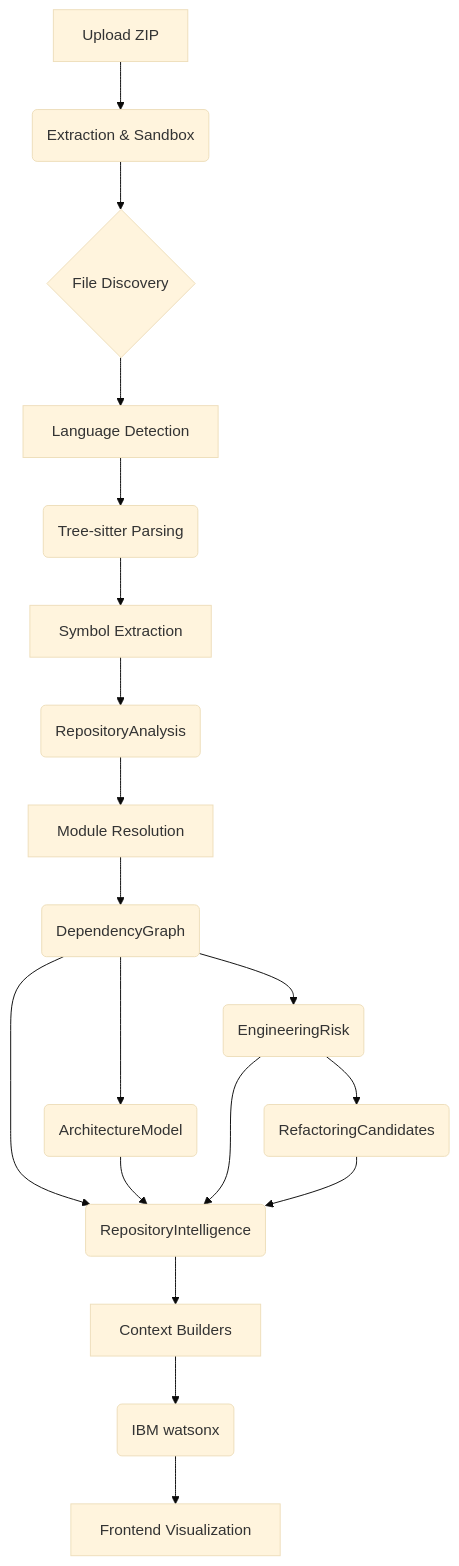
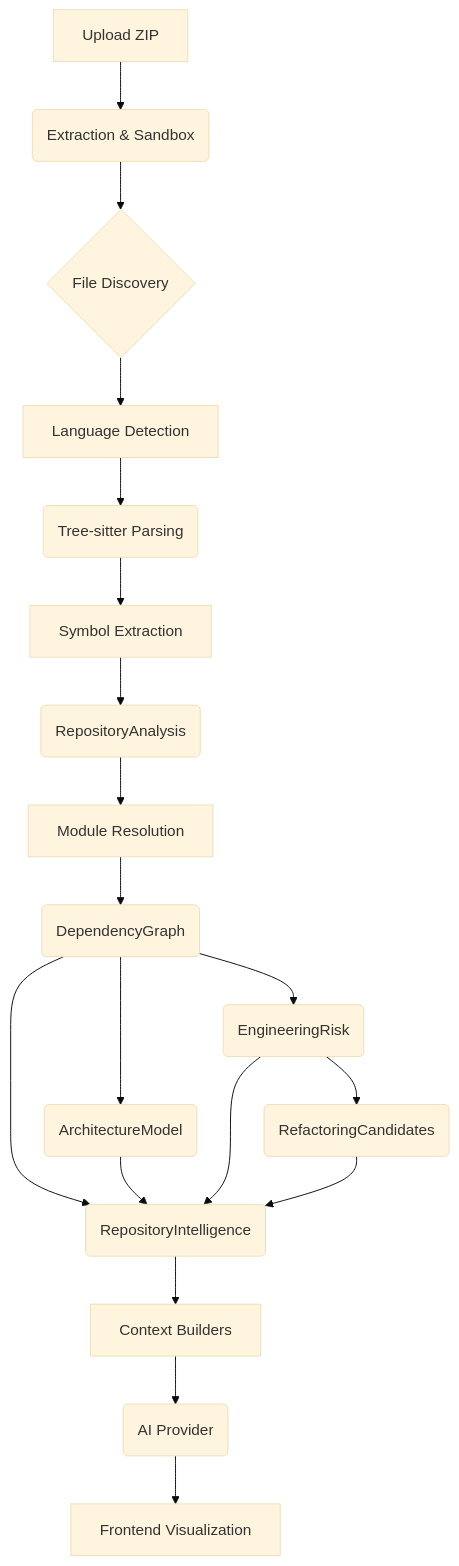
One commit to KoushikGit2024/CodeLens changed the diagram in docs/architecture/data-flow.md. Above: the diagram before and after it, drawn with Mermaid (base theme). The commit also changed other lines of this file and 45 other files, not shown here.

Commit message:
Improved Schemantic search

````diff
--- a/docs/architecture/data-flow.md
+++ b/docs/architecture/data-flow.md
@@ -7,27 +7,27 @@
 ```mermaid
 flowchart TD
     A[Upload ZIP] --> B(Extraction & Sandbox)
     B --> C{File Discovery}
     
     C --> D[Language Detection]
     
     D --> E(Tree-sitter Parsing)
     E --> F[Symbol Extraction]
     
     F --> G(RepositoryAnalysis)
     
     G --> H[Module Resolution]
     H --> I(DependencyGraph)
     
     I --> J(ArchitectureModel)
     I --> K(EngineeringRisk)
     
     K --> L(RefactoringCandidates)
     
     I & J & K & L --> M(RepositoryIntelligence)
     
     M --> N[Context Builders]
-    N --> O(IBM watsonx)
+    N --> O(AI Provider)
     
     O --> P[Frontend Visualization]
 ```
````
